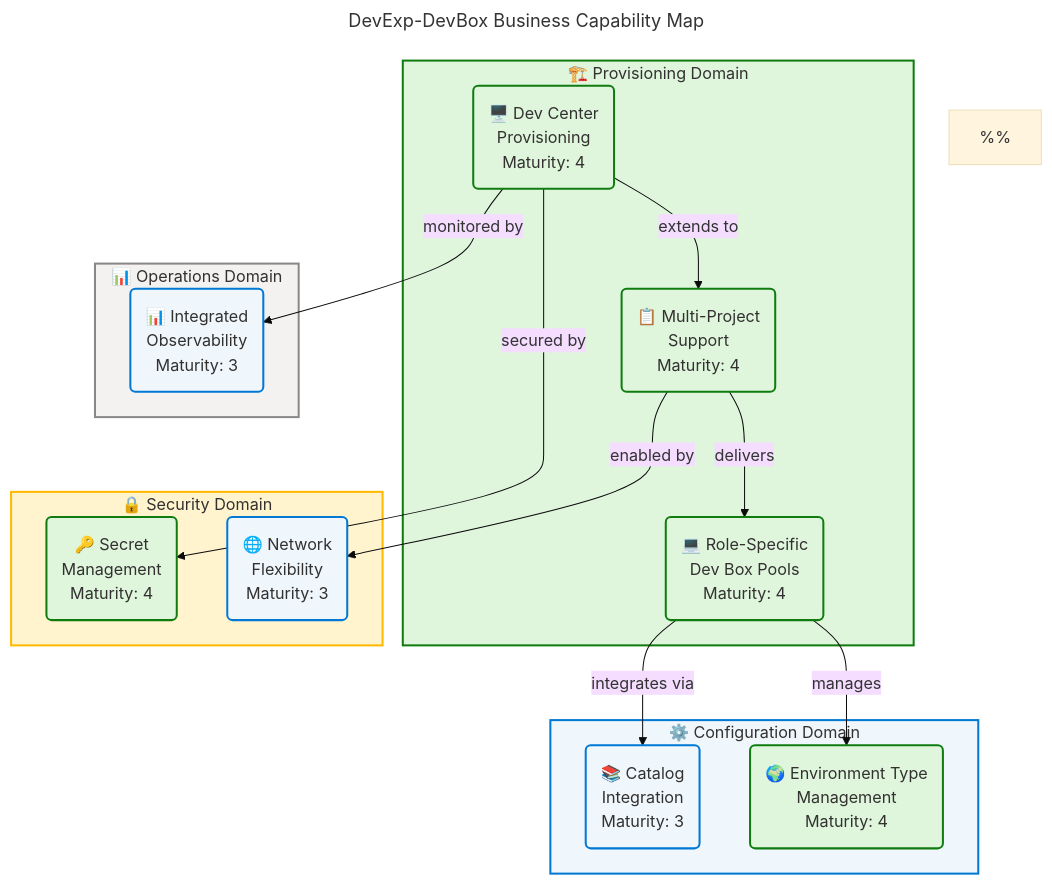
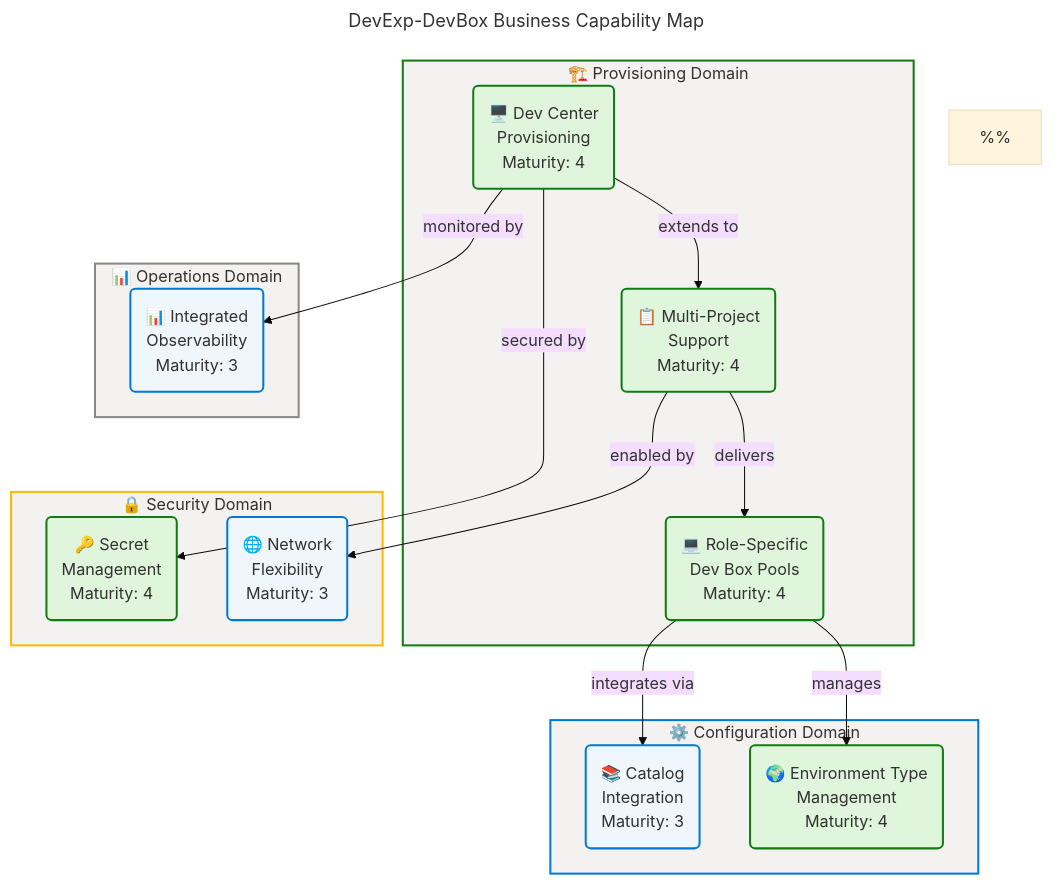
One commit to Evilazaro/DevExp-DevBox changed the first of 5 diagrams in docs/architecture/bus-arch.md. Above: the diagram before and after it, drawn with Mermaid. The commit also changed other lines of this file and 3 other files, not shown here.

Commit message:
Refactor architecture documentation to enhance flowchart styles and enable HTML labels for improved visualization

````diff
--- a/docs/architecture/bus-arch.md
+++ b/docs/architecture/bus-arch.md
@@ -96,65 +96,65 @@
 ```mermaid
 ---
 title: "DevExp-DevBox Business Capability Map"
 config:
   theme: base
   look: classic
   layout: dagre
   themeVariables:
     fontSize: '16px'
   flowchart:
     htmlLabels: true
 ---
 flowchart TB
     accTitle: DevExp-DevBox Business Capability Map
     accDescr: Business capability map showing 8 core capabilities grouped across 4 domains. Provisioning and secret management rated maturity 4. Catalog, observability, and network rated 3. Nodes: C1=success, C2=success, C3=success, C4=core, C5=success, C6=success, C7=core, C8=core. WCAG AA compliant.
 
     %%
     %% AZURE / FLUENT ARCHITECTURE PATTERN v2.0
     %% (Semantic + Structural + Font + Accessibility Governance)
     %%
     %% PHASE 1 - FLUENT UI: All styling uses approved Fluent UI palette only
     %% PHASE 2 - GROUPS: Every subgraph has semantic color via style directive
     %% PHASE 3 - COMPONENTS: Every node has semantic classDef + icon prefix
     %% PHASE 4 - ACCESSIBILITY: accTitle/accDescr present, WCAG AA contrast
     %% PHASE 5 - STANDARD: Governance block present, classDefs centralized
     %%
 
     subgraph prov["🏗️ Provisioning Domain"]
         C1("🖥️ Dev Center<br/>Provisioning<br/>Maturity: 4"):::success
         C2("📋 Multi-Project<br/>Support<br/>Maturity: 4"):::success
         C3("💻 Role-Specific<br/>Dev Box Pools<br/>Maturity: 4"):::success
     end
 
     subgraph config["⚙️ Configuration Domain"]
         C4("📚 Catalog<br/>Integration<br/>Maturity: 3"):::core
         C5("🌍 Environment Type<br/>Management<br/>Maturity: 4"):::success
     end
 
     subgraph secdom["🔒 Security Domain"]
         C6("🔑 Secret<br/>Management<br/>Maturity: 4"):::success
         C7("🌐 Network<br/>Flexibility<br/>Maturity: 3"):::core
     end
 
     subgraph opsdom["📊 Operations Domain"]
         C8("📊 Integrated<br/>Observability<br/>Maturity: 3"):::core
     end
 
     C1 -->|extends to| C2
     C2 -->|delivers| C3
     C3 -->|integrates via| C4
     C3 -->|manages| C5
     C1 -->|secured by| C6
     C2 -->|enabled by| C7
     C1 -->|monitored by| C8
 
     classDef core fill:#EFF6FC,stroke:#0078D4,stroke-width:2px,color:#323130
     classDef success fill:#DFF6DD,stroke:#107C10,stroke-width:2px,color:#323130
     classDef neutral fill:#FAFAFA,stroke:#8A8886,stroke-width:2px,color:#323130
     classDef warning fill:#FFF4CE,stroke:#FFB900,stroke-width:2px,color:#323130
 
-    style prov fill:#DFF6DD,stroke:#107C10,stroke-width:2px,color:#323130
-    style config fill:#EFF6FC,stroke:#0078D4,stroke-width:2px,color:#323130
-    style secdom fill:#FFF4CE,stroke:#FFB900,stroke-width:2px,color:#323130
+    style prov fill:#F3F2F1,stroke:#107C10,stroke-width:2px,color:#323130
+    style config fill:#F3F2F1,stroke:#0078D4,stroke-width:2px,color:#323130
+    style secdom fill:#F3F2F1,stroke:#FFB900,stroke-width:2px,color:#323130
     style opsdom fill:#F3F2F1,stroke:#8A8886,stroke-width:2px,color:#323130
 ```
````
